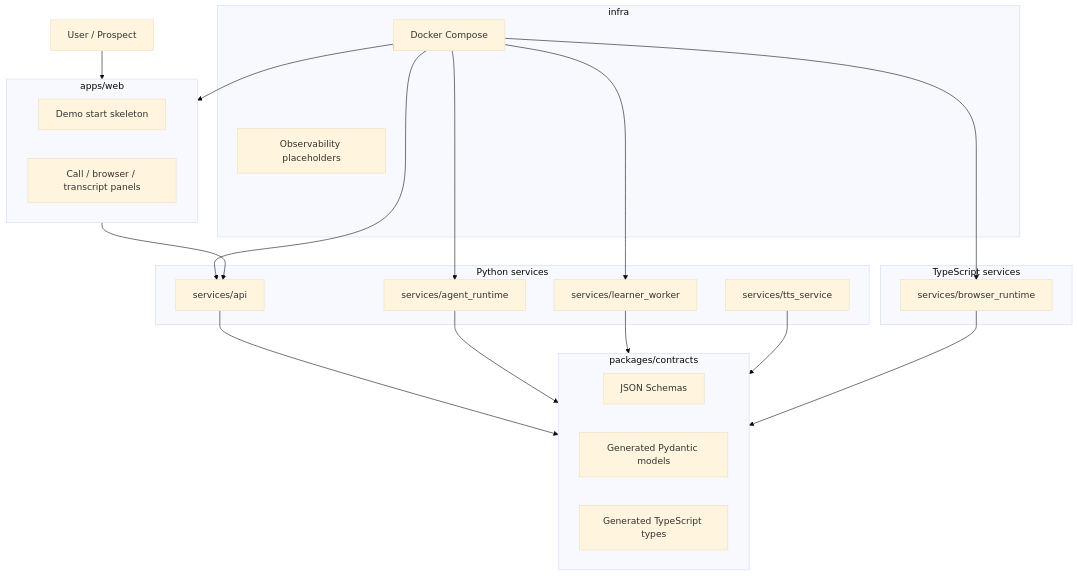
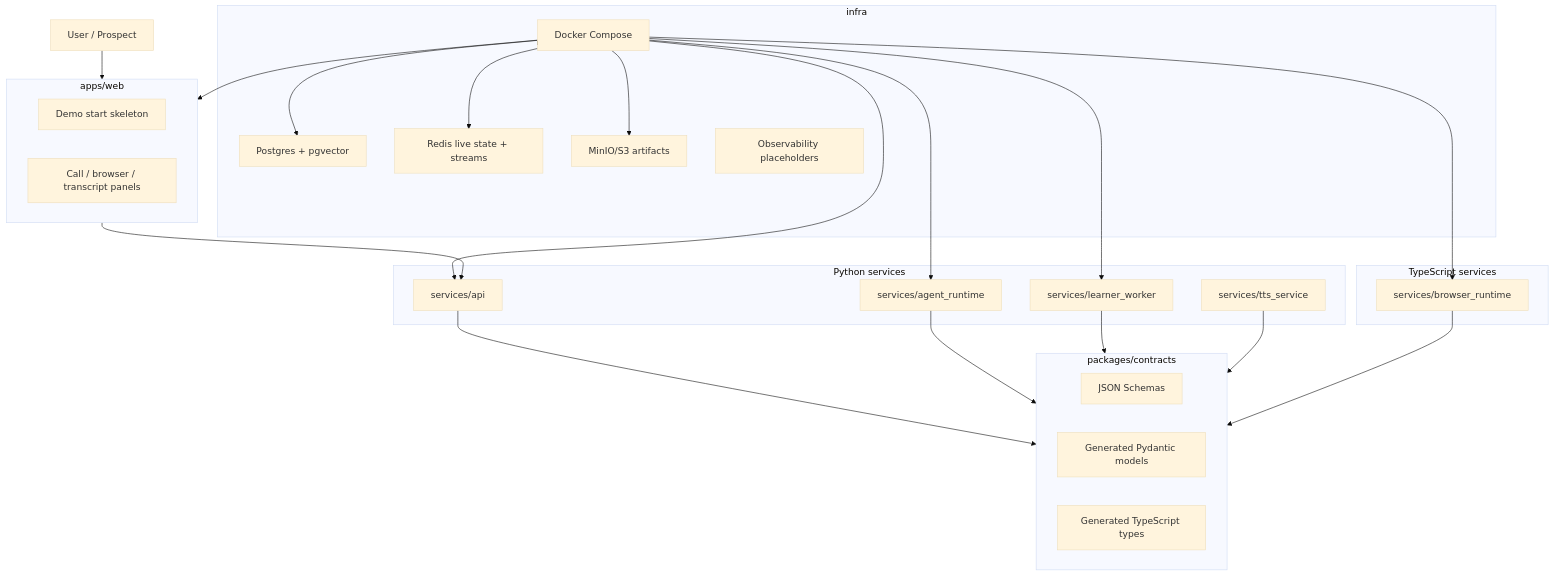
One commit to roshaninfordham/personalised-demo-ai-agent changed the first of 8 diagrams in README.md. Above: the diagram before and after it, drawn with Mermaid (base theme). The commit also changed other lines of this file and 12 other files, not shown here.

````diff
--- a/README.md
+++ b/README.md
@@ -22,45 +23,51 @@
 ```mermaid
 flowchart TB
     User["User / Prospect"]
 
     subgraph Web["apps/web"]
         Start["Demo start skeleton"]
         Panels["Call / browser / transcript panels"]
     end
 
     subgraph PythonServices["Python services"]
         API["services/api"]
         Agent["services/agent_runtime"]
         Learner["services/learner_worker"]
         TTS["services/tts_service"]
     end
 
     subgraph TypeScriptServices["TypeScript services"]
         Browser["services/browser_runtime"]
     end
 
     subgraph Contracts["packages/contracts"]
         Schemas["JSON Schemas"]
         PyModels["Generated Pydantic models"]
         TsTypes["Generated TypeScript types"]
     end
 
     subgraph Infra["infra"]
         Compose["Docker Compose"]
+        Postgres["Postgres + pgvector"]
+        Redis["Redis live state + streams"]
+        MinIO["MinIO/S3 artifacts"]
         Observability["Observability placeholders"]
     end
 
     User --> Web
     Web --> API
     API --> Contracts
     Agent --> Contracts
     Learner --> Contracts
     TTS --> Contracts
     Browser --> Contracts
     Compose --> Web
     Compose --> API
     Compose --> Agent
     Compose --> Browser
     Compose --> Learner
+    Compose --> Postgres
+    Compose --> Redis
+    Compose --> MinIO
     Compose --> Infra
 ```
````
